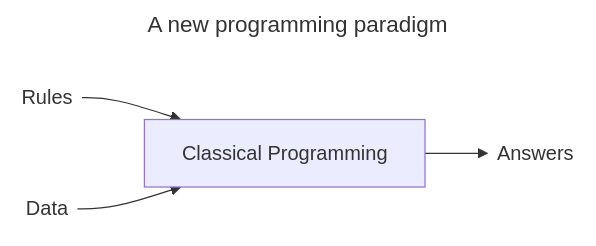
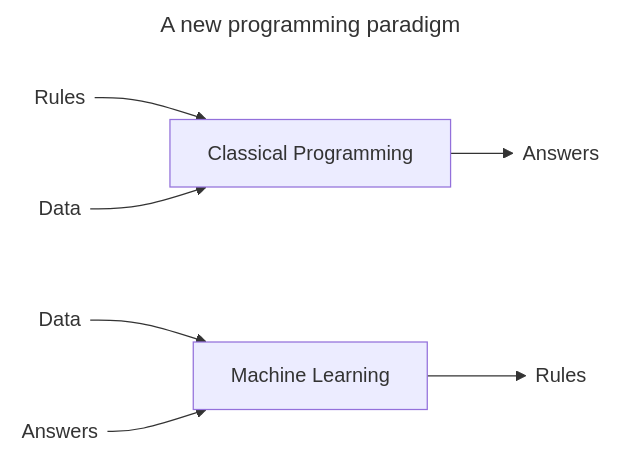
One commit to vlebedeff/dlp changed the diagram in notes.md. Above: the diagram before and after it, drawn with Mermaid.

Commit message:
Update notes

````diff
--- a/notes.md
+++ b/notes.md
@@ -4,14 +4,23 @@
 ```mermaid
 ---
 title: A new programming paradigm
 ---
 flowchart LR
     Rules@{       shape: text }
     Data@{        shape: text }
     Programming@{ shape: rect, label: "Classical Programming" }
     Answers@{     shape: text }
 
     Rules       --> Programming
     Data        --> Programming
     Programming --> Answers
+
+    DataML@{    shape: text, label: "Data" }
+    AnswersML@{ shape: text, label: "Answers" }
+    ML@{        shape: rect, label: "Machine Learning" }
+    RulesML@{   shape: text, label: "Rules" }
+
+    DataML    --> ML
+    AnswersML --> ML
+    ML        --> RulesML
 ```
````
